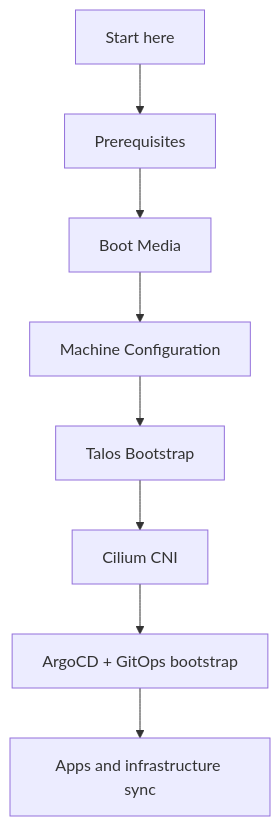
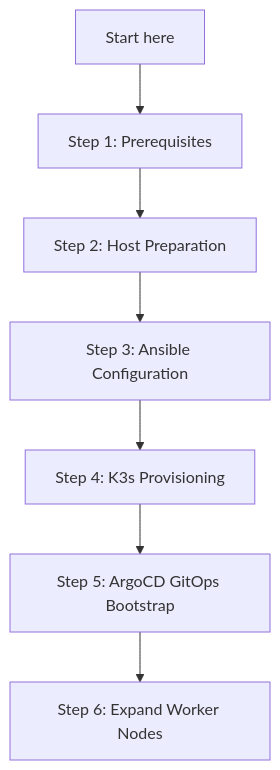
One commit to nsudhanva/homelab changed the diagram in docs/src/content/docs/tutorials/index.md. Above: the diagram before and after it, drawn with Mermaid. The commit also changed other lines of this file and 40 other files, not shown here.

Commit message:
refactor: complete K3s bare-metal GitOps migration and docs alignment

````diff
--- a/docs/src/content/docs/tutorials/index.md
+++ b/docs/src/content/docs/tutorials/index.md
@@ -19,10 +18,9 @@
 ```mermaid
 flowchart TD
-  Start["Start here"] --> Prereq["Prerequisites"]
-  Prereq --> Media["Boot Media"]
-  Media --> MachineConfig["Machine Configuration"]
-  MachineConfig --> Bootstrap["Talos Bootstrap"]
-  Bootstrap --> Cilium["Cilium CNI"]
-  Cilium --> Argo["ArgoCD + GitOps bootstrap"]
-  Argo --> Sync["Apps and infrastructure sync"]
+  Start["Start here"] --> Prereq["Step 1: Prerequisites"]
+  Prereq --> Prep["Step 2: Host Preparation"]
+  Prep --> Config["Step 3: Ansible Configuration"]
+  Config --> Provision["Step 4: K3s Provisioning"]
+  Provision --> Argo["Step 5: ArgoCD GitOps Bootstrap"]
+  Argo --> Workers["Step 6: Expand Worker Nodes"]
 ```
````
